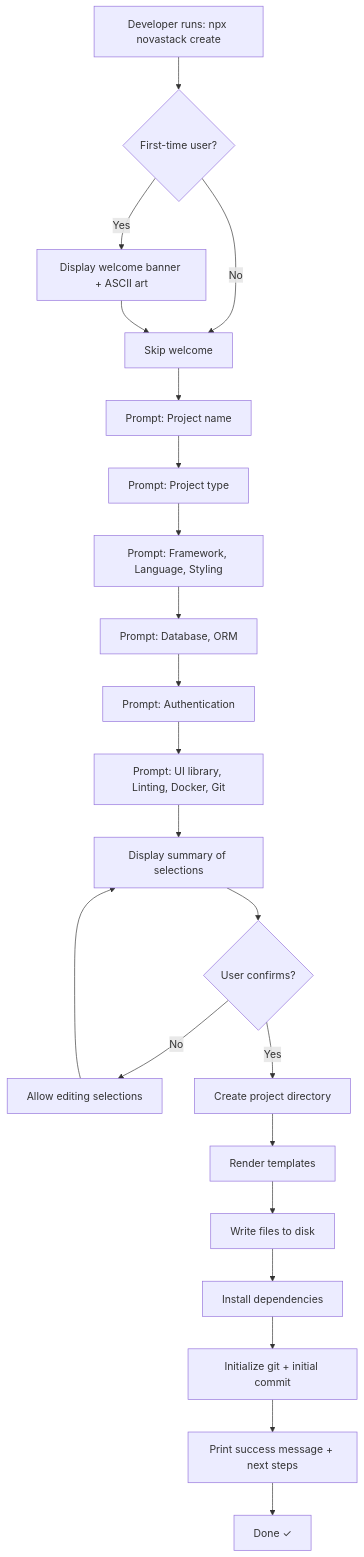
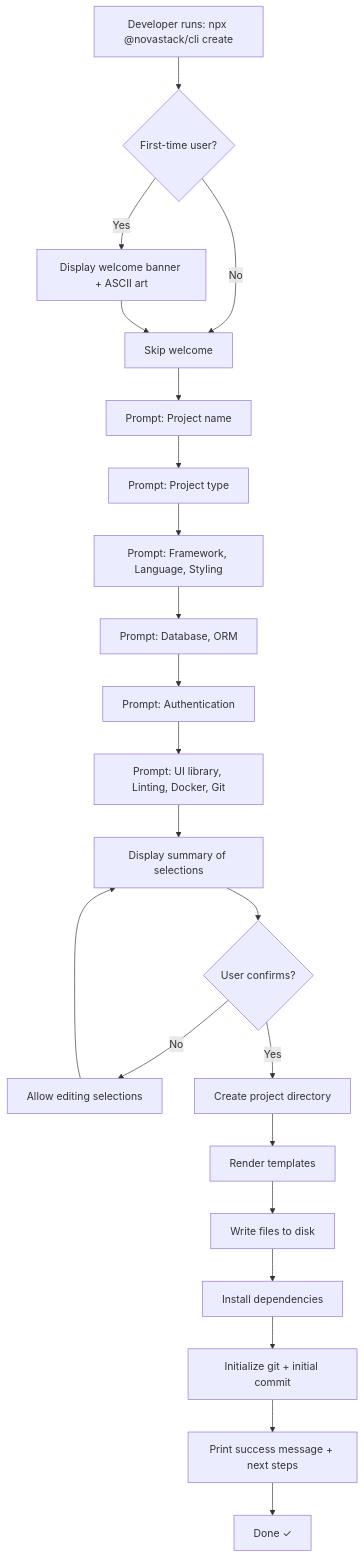
The first of 3 diagrams in docs/PRD.md (Hrithik-05-Roshan/NovaStack), drawn with Mermaid before and after one commit. The commit also changed other lines of this file and 88 other files, not shown here.

````diff
--- a/docs/PRD.md
+++ b/docs/PRD.md
@@ -355,24 +355,24 @@
 ```mermaid
 flowchart TD
-    A["Developer runs: npx novastack create"] --> B{First-time user?}
+    A["Developer runs: npx @novastack/cli create"] --> B{First-time user?}
     B -->|Yes| C["Display welcome banner + ASCII art"]
     B -->|No| D["Skip welcome"]
     C --> D
     D --> E["Prompt: Project name"]
     E --> F["Prompt: Project type"]
     F --> G["Prompt: Framework, Language, Styling"]
     G --> H["Prompt: Database, ORM"]
     H --> I["Prompt: Authentication"]
     I --> J["Prompt: UI library, Linting, Docker, Git"]
     J --> K["Display summary of selections"]
     K --> L{User confirms?}
     L -->|No| M["Allow editing selections"]
     M --> K
     L -->|Yes| N["Create project directory"]
     N --> O["Render templates"]
     O --> P["Write files to disk"]
     P --> Q["Install dependencies"]
     Q --> R["Initialize git + initial commit"]
     R --> S["Print success message + next steps"]
     S --> T["Done ✓"]
 ```
````
